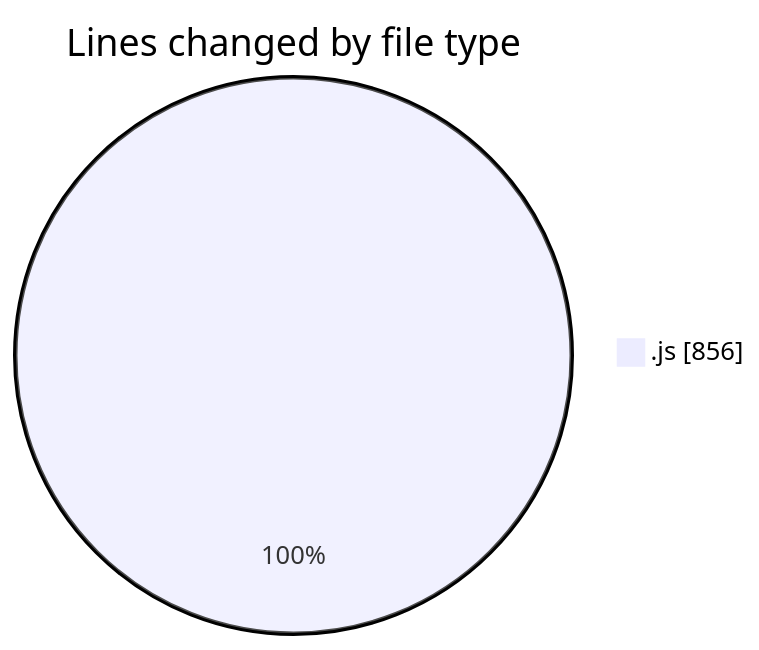
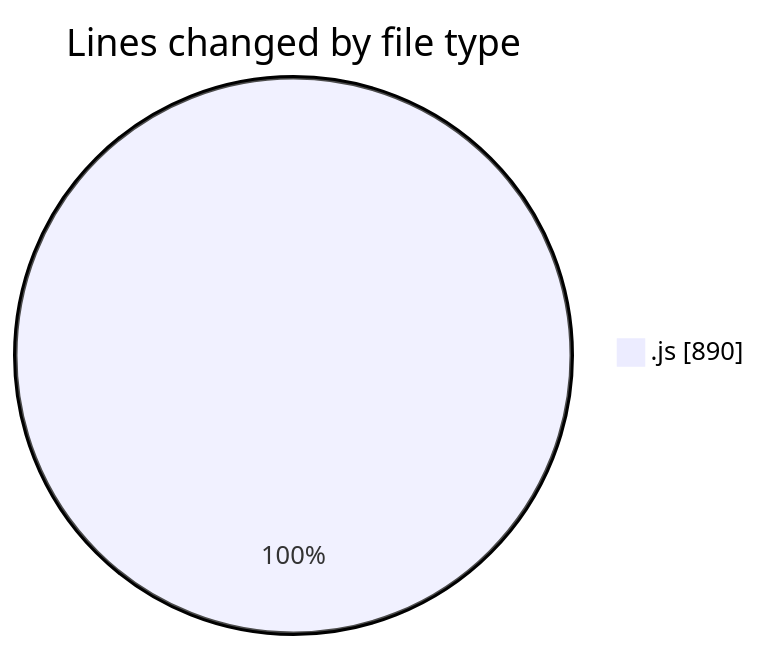
The first of 2 diagrams in 2025-03-13/cda/README.md (momahboobian/code-tracking), drawn with Mermaid before and after one commit. The commit also changed other lines of this file and 1 other file, not shown here.

````diff
--- a/2025-03-13/cda/README.md
+++ b/2025-03-13/cda/README.md
@@ -22,5 +22,5 @@
 ```mermaid
 pie showData
 title Lines changed by file type
-".js" : 856
+".js" : 890
 ```
````
